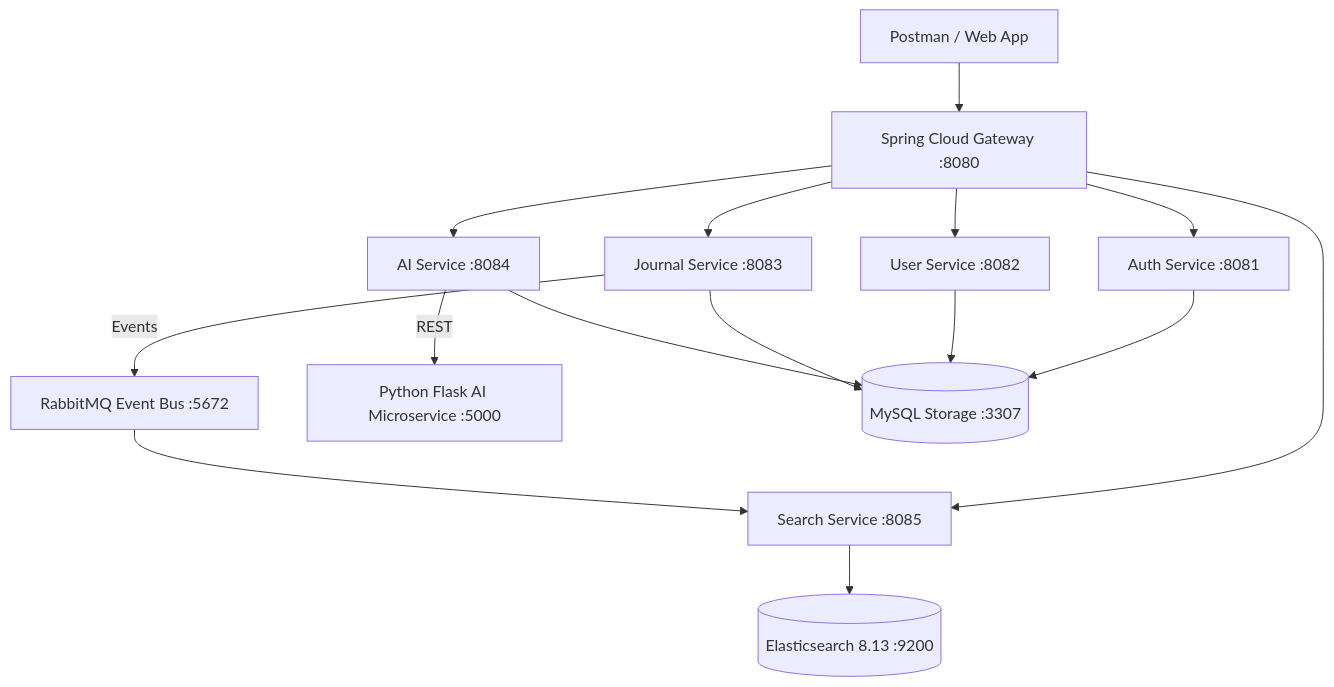
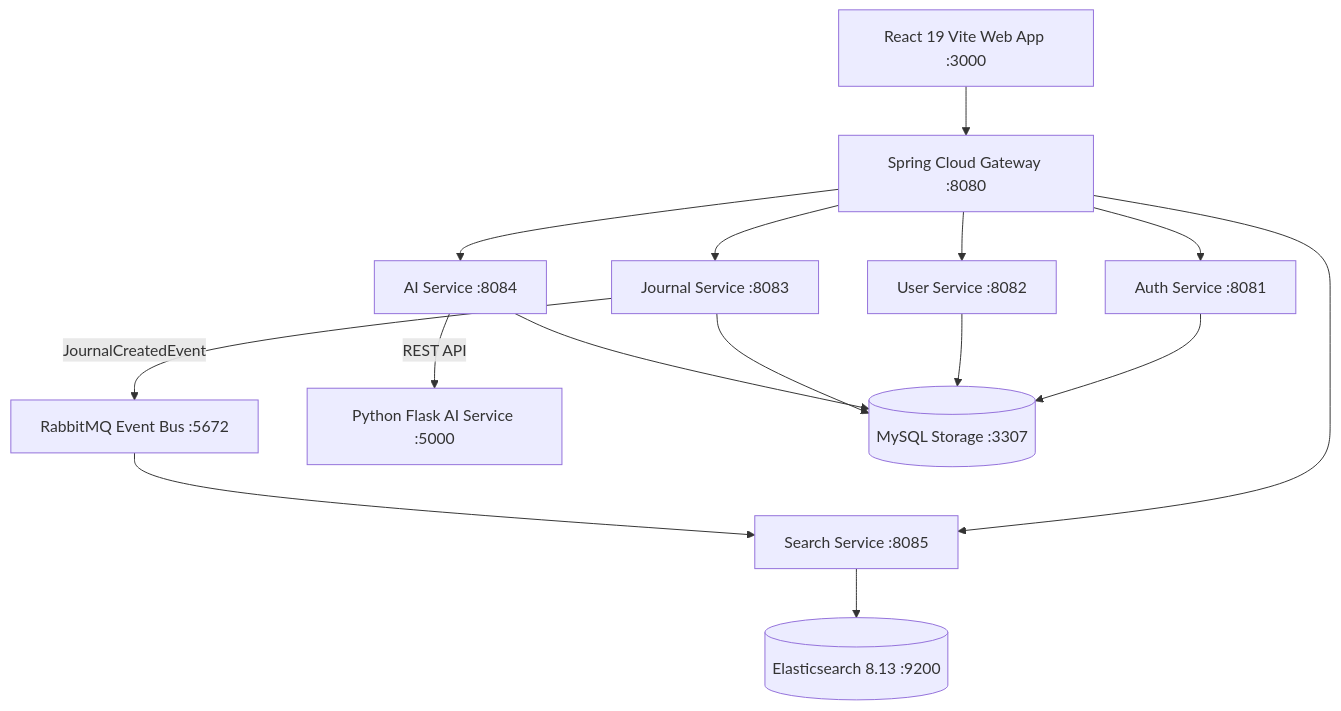
The diagram in README.md (AhmedMA558/Ai-based-Journal-App), drawn with Mermaid before and after one commit. The commit also changed other lines of this file, not shown here.

Commit message:
docs: update README.md with full architecture overview, feature matrix, and domain deployment guide

````diff
--- a/README.md
+++ b/README.md
@@ -28,20 +34,20 @@
 ```mermaid
 graph TD
-    Client[Postman / Web App] --> Gateway[Spring Cloud Gateway :8080]
+    Client[React 19 Vite Web App :3000] --> Gateway[Spring Cloud Gateway :8080]
     Gateway --> Auth[Auth Service :8081]
     Gateway --> User[User Service :8082]
     Gateway --> Journal[Journal Service :8083]
     Gateway --> AI[AI Service :8084]
     Gateway --> Search[Search Service :8085]
     
-    Journal -->|Events| RMQ[RabbitMQ Event Bus :5672]
+    Journal -->|JournalCreatedEvent| RMQ[RabbitMQ Event Bus :5672]
     RMQ --> Search
     Search --> ES[(Elasticsearch 8.13 :9200)]
     
-    AI -->|REST| FlaskAI[Python Flask AI Microservice :5000]
+    AI -->|REST API| FlaskAI[Python Flask AI Service :5000]
     
     Auth --> MySQL[(MySQL Storage :3307)]
     User --> MySQL
     Journal --> MySQL
     AI --> MySQL
 ```
````
